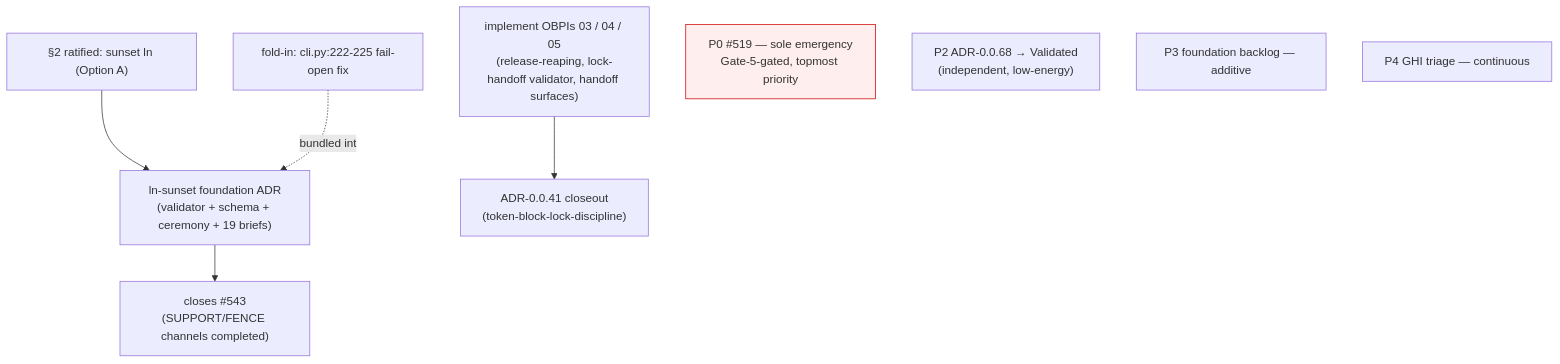
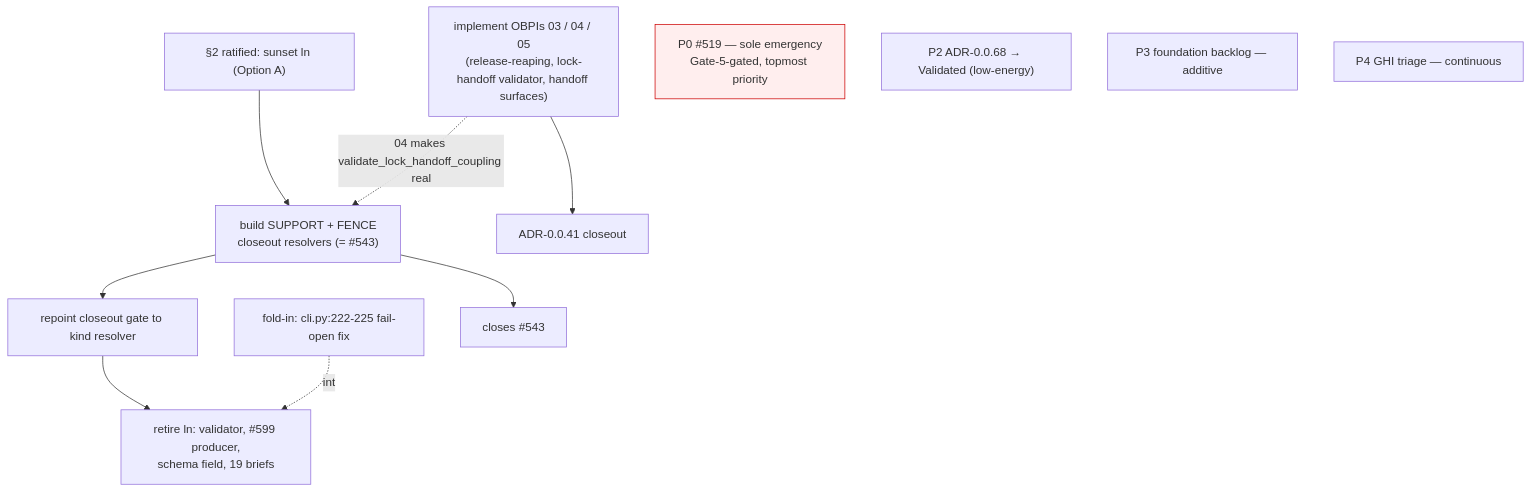
One commit to tvproductions/gzkit changed the second of 2 diagrams in docs/design/restore-health-convergence-roadmap.md. Above: the diagram before and after it, drawn with Mermaid. The commit also changed other lines of this file, not shown here.

First line of the commit message:
chore: update docs/design/restore-health-convergence-roadmap.md (gz git-sync)

````diff
--- a/docs/design/restore-health-convergence-roadmap.md
+++ b/docs/design/restore-health-convergence-roadmap.md
@@ -173,16 +228,18 @@
 ```mermaid
 graph TD
-    D["§2 ratified: sunset ln (Option A)"] --> ADR["ln-sunset foundation ADR<br/>(validator + schema + ceremony + 19 briefs)"]
-    SEAM["fold-in: cli.py:222-225 fail-open fix"] -.bundled into.-> ADR
-    ADR --> C543["closes #543<br/>(SUPPORT/FENCE channels completed)"]
+    D["§2 ratified: sunset ln (Option A)"] --> RES["build SUPPORT + FENCE<br/>closeout resolvers (= #543)"]
+    RES --> REPOINT["repoint closeout gate to kind resolver"]
+    REPOINT --> RETIRE["retire ln: validator, #599 producer,<br/>schema field, 19 briefs"]
+    SEAM["fold-in: cli.py:222-225 fail-open fix"] -.into.-> RETIRE
+    RES --> C543["closes #543"]
 
-    A41["ADR-0.0.41 closeout<br/>(token-block-lock-discipline)"]
-    OBPIs["implement OBPIs 03 / 04 / 05<br/>(release-reaping, lock-handoff validator, handoff surfaces)"] --> A41
+    OBPIs["implement OBPIs 03 / 04 / 05<br/>(release-reaping, lock-handoff validator, handoff surfaces)"] --> A41["ADR-0.0.41 closeout"]
+    OBPIs -. "04 makes validate_lock_handoff_coupling real" .-> RES
 
     P0["P0 #519 — sole emergency<br/>Gate-5-gated, topmost priority"]:::gated
-    P2["P2 ADR-0.0.68 → Validated<br/>(independent, low-energy)"]
+    P2["P2 ADR-0.0.68 → Validated (low-energy)"]
     P3["P3 foundation backlog — additive"]
     P4["P4 GHI triage — continuous"]
 
     classDef gated fill:#fee,stroke:#c00;
 ```
````
